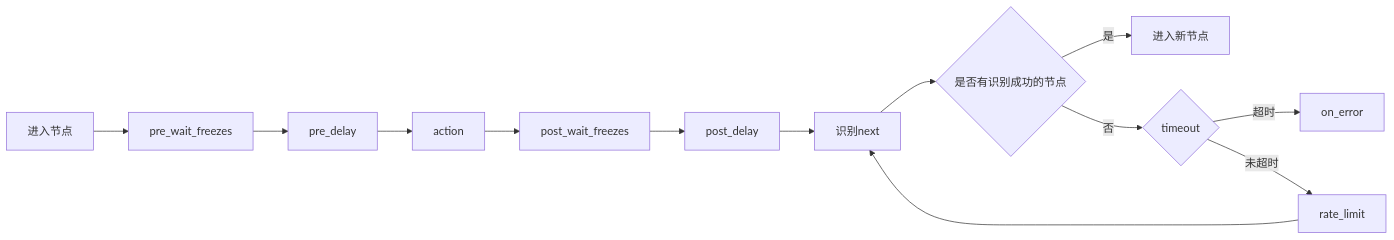
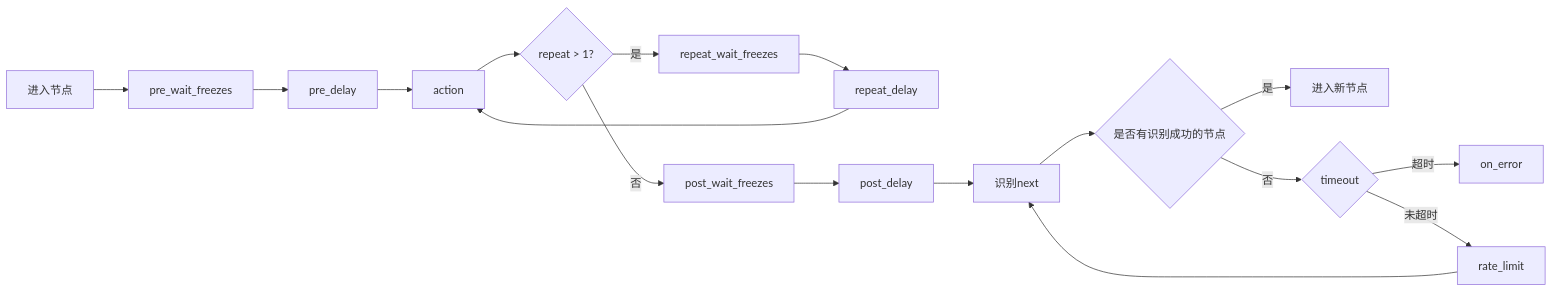
Before and after one commit to MaaXYZ/MaaFramework: the third of 4 diagrams in docs/zh_cn/3.1-任务流水线协议.md, drawn with Mermaid. The commit also changed other lines of this file and 11 other files, not shown here.

````diff
--- a/docs/zh_cn/3.1-任务流水线协议.md
+++ b/docs/zh_cn/3.1-任务流水线协议.md
@@ -223,15 +236,19 @@
 ```mermaid
     graph LR
         A[进入节点] --> B[pre_wait_freezes]
         B --> C[pre_delay]
         C --> D[action]
-        D --> E[post_wait_freezes]
+        D --> M{repeat > 1?}
+        M -->|是| N[repeat_wait_freezes]
+        N --> O[repeat_delay]
+        O --> D
+        M -->|否| E[post_wait_freezes]
         E --> F[post_delay]
         F --> G[识别next]
         G --> H{是否有识别成功的节点}
         H -->|是| I[进入新节点]
         H -->|否| J{timeout}
         J -->|超时| K[on_error]
         J -->|未超时| L[rate_limit]
         L --> G
 ```
````
